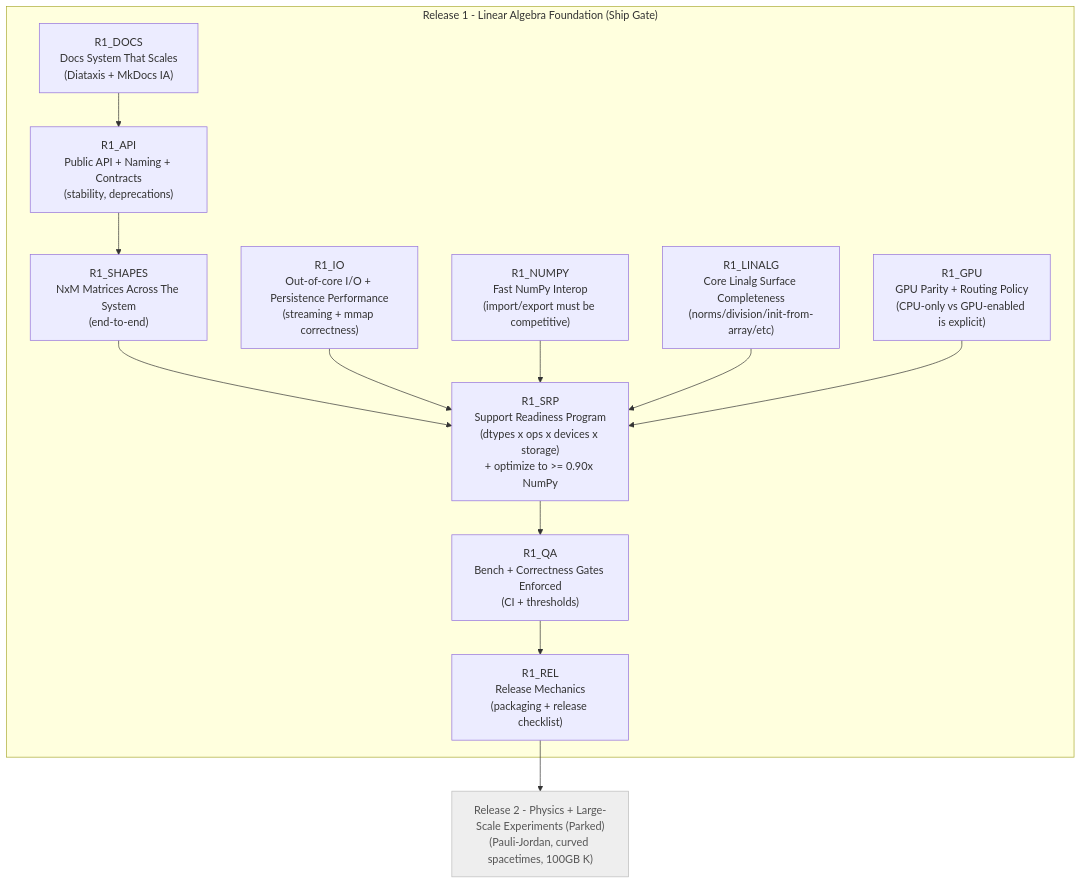
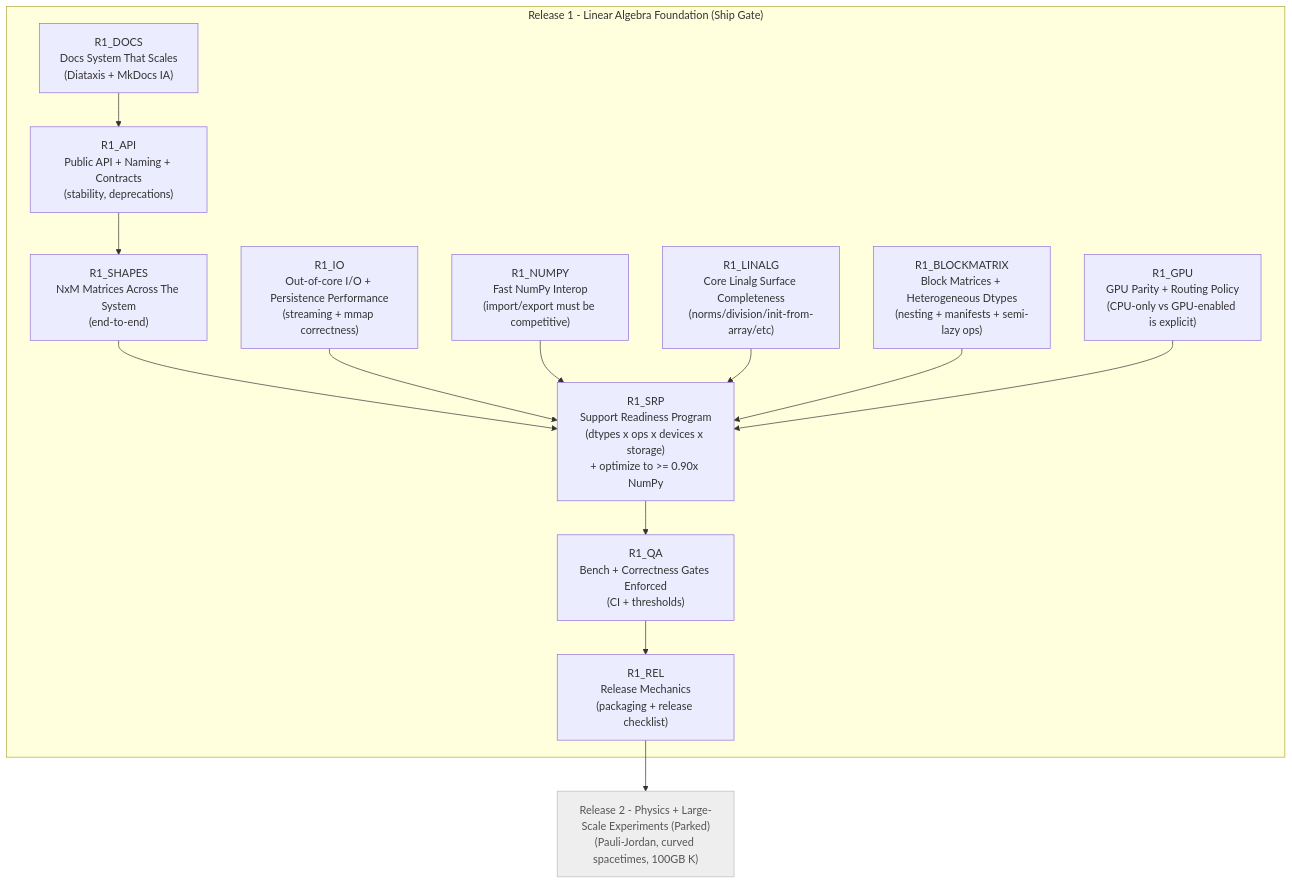
One commit to BrorH/pycauset changed the diagram in documentation/project/TODO.md. Above: the diagram before and after it, drawn with Mermaid. The commit also changed other lines of this file and 160 other files, not shown here.

````diff
--- a/documentation/project/TODO.md
+++ b/documentation/project/TODO.md
@@ -49,33 +73,35 @@
 ```mermaid
 flowchart TD
     %% Canonical roadmap: node IDs are stable.
     %% Release 1 is the main path; Release 2 (physics) is intentionally parked.
 
     subgraph R1["Release 1 - Linear Algebra Foundation (Ship Gate)"]
         R1_DOCS["R1_DOCS<br/>Docs System That Scales<br/>(Diataxis + MkDocs IA)"]
         R1_API["R1_API<br/>Public API + Naming + Contracts<br/>(stability, deprecations)"]
         R1_SHAPES["R1_SHAPES<br/>NxM Matrices Across The System<br/>(end-to-end)"]
         R1_SRP["R1_SRP<br/>Support Readiness Program<br/>(dtypes x ops x devices x storage)<br/>+ optimize to >= 0.90x NumPy"]
         R1_IO["R1_IO<br/>Out-of-core I/O + Persistence Performance<br/>(streaming + mmap correctness)"]
         R1_NUMPY["R1_NUMPY<br/>Fast NumPy Interop<br/>(import/export must be competitive)"]
         R1_LINALG["R1_LINALG<br/>Core Linalg Surface Completeness<br/>(norms/division/init-from-array/etc)"]
+        R1_BLOCKMATRIX["R1_BLOCKMATRIX<br/>Block Matrices + Heterogeneous Dtypes<br/>(nesting + manifests + semi-lazy ops)"]
         R1_GPU["R1_GPU<br/>GPU Parity + Routing Policy<br/>(CPU-only vs GPU-enabled is explicit)"]
         R1_QA["R1_QA<br/>Bench + Correctness Gates Enforced<br/>(CI + thresholds)"]
         R1_REL["R1_REL<br/>Release Mechanics<br/>(packaging + release checklist)"]
     end
 
     %% Main dependency chain (the path)
     R1_DOCS --> R1_API --> R1_SHAPES --> R1_SRP --> R1_QA --> R1_REL
 
     %% Parallel prerequisites feeding SRP/QA
     R1_IO --> R1_SRP
     R1_NUMPY --> R1_SRP
     R1_LINALG --> R1_SRP
+    R1_BLOCKMATRIX --> R1_SRP
     R1_GPU --> R1_SRP
 
     %% Post-R1: physics release parked (not detailed here)
     R2_PHYS["Release 2 - Physics + Large-Scale Experiments (Parked)<br/>(Pauli-Jordan, curved spacetimes, 100GB K)"]:::parked
     R1_REL --> R2_PHYS
 
     classDef parked fill:#eee,stroke:#bbb,color:#555
 ```
````
